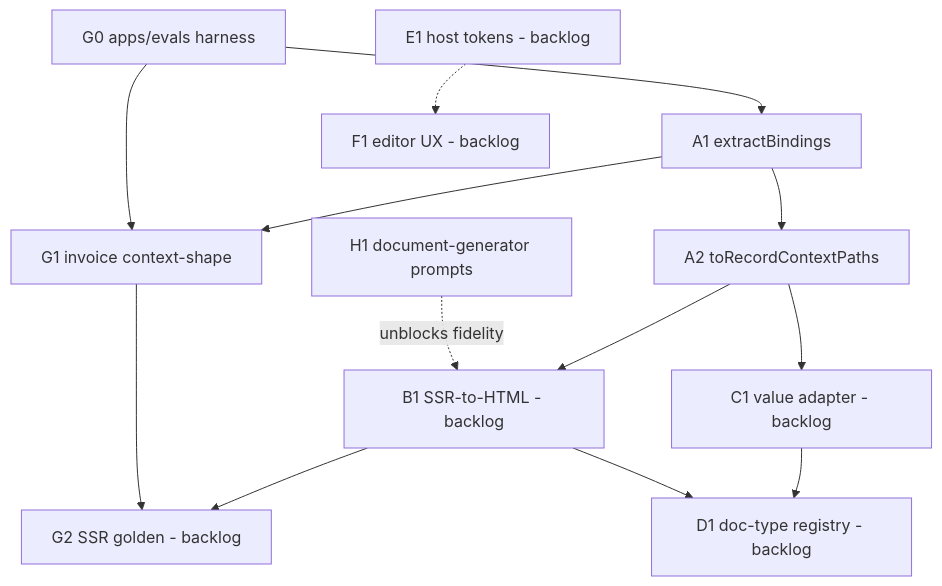
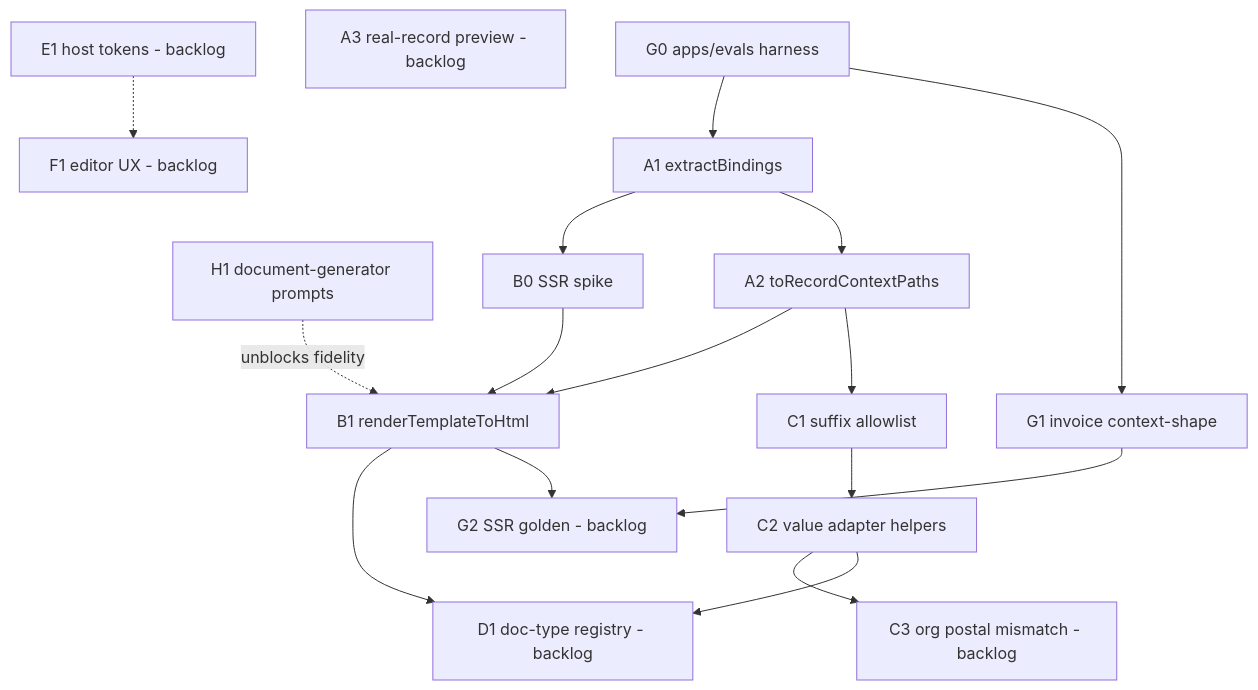
Before and after one commit to Dannny-Babs/templara: the diagram in docs/orchestration/tickets/README.md, drawn with Mermaid. The commit also changed other lines of this file and 5 other files, not shown here.

````diff
--- a/docs/orchestration/tickets/README.md
+++ b/docs/orchestration/tickets/README.md
@@ -9,27 +9,34 @@
 ```mermaid
 flowchart TD
   H1[H1 document-generator prompts]
   G0[G0 apps/evals harness]
   G1[G1 invoice context-shape]
   A1[A1 extractBindings]
   A2[A2 toRecordContextPaths]
+  C1[C1 suffix allowlist]
+  C2[C2 value adapter helpers]
+  B0[B0 SSR spike]
+  B1[B1 renderTemplateToHtml]
   G2[G2 SSR golden - backlog]
-  B1[B1 SSR-to-HTML - backlog]
-  C1[C1 value adapter - backlog]
+  A3[A3 real-record preview - backlog]
+  C3[C3 org postal mismatch - backlog]
   D1[D1 doc-type registry - backlog]
   E1[E1 host tokens - backlog]
   F1[F1 editor UX - backlog]
 
   G0 --> G1
   G0 --> A1
   A1 --> A2
-  A1 --> G1
   A2 --> C1
+  C1 --> C2
+  A1 --> B0
+  B0 --> B1
+  A2 --> B1
   G1 --> G2
   B1 --> G2
   H1 -.->|unblocks fidelity| B1
-  A2 --> B1
   B1 --> D1
-  C1 --> D1
+  C2 --> D1
+  C2 --> C3
   E1 -.-> F1
 ```
````
